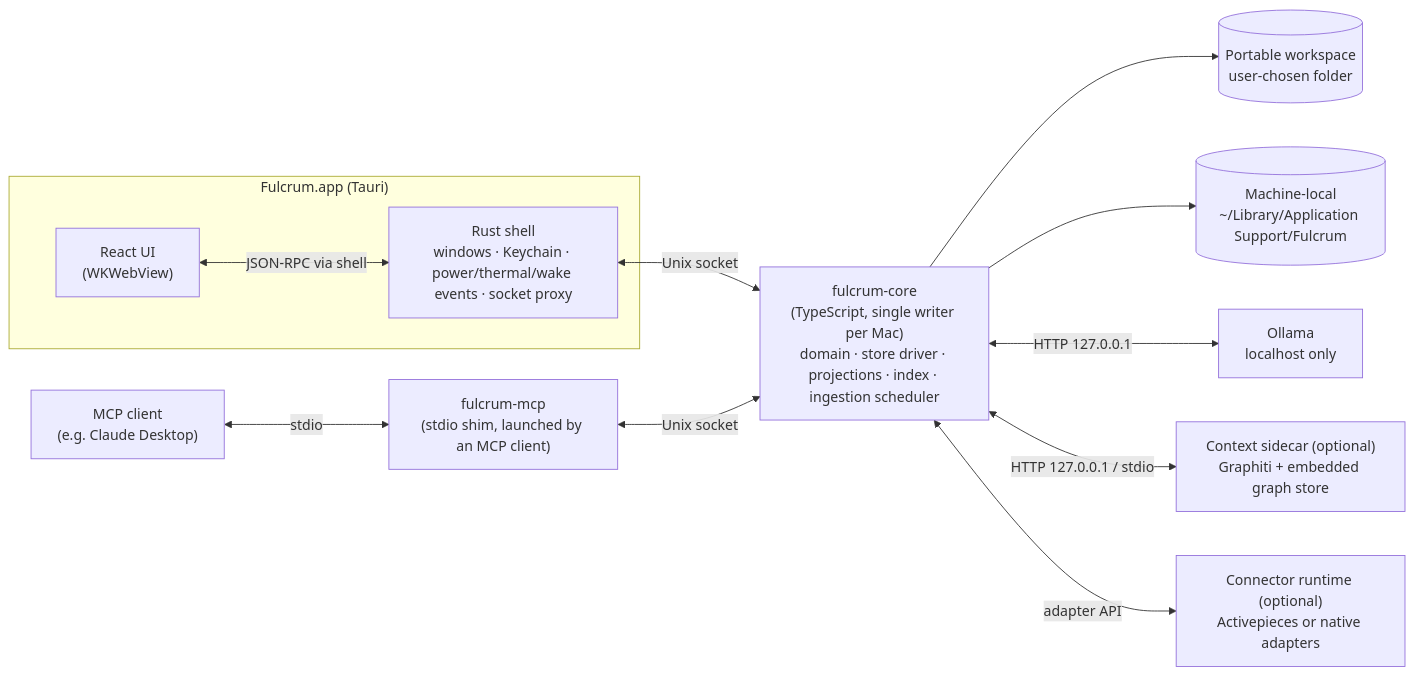
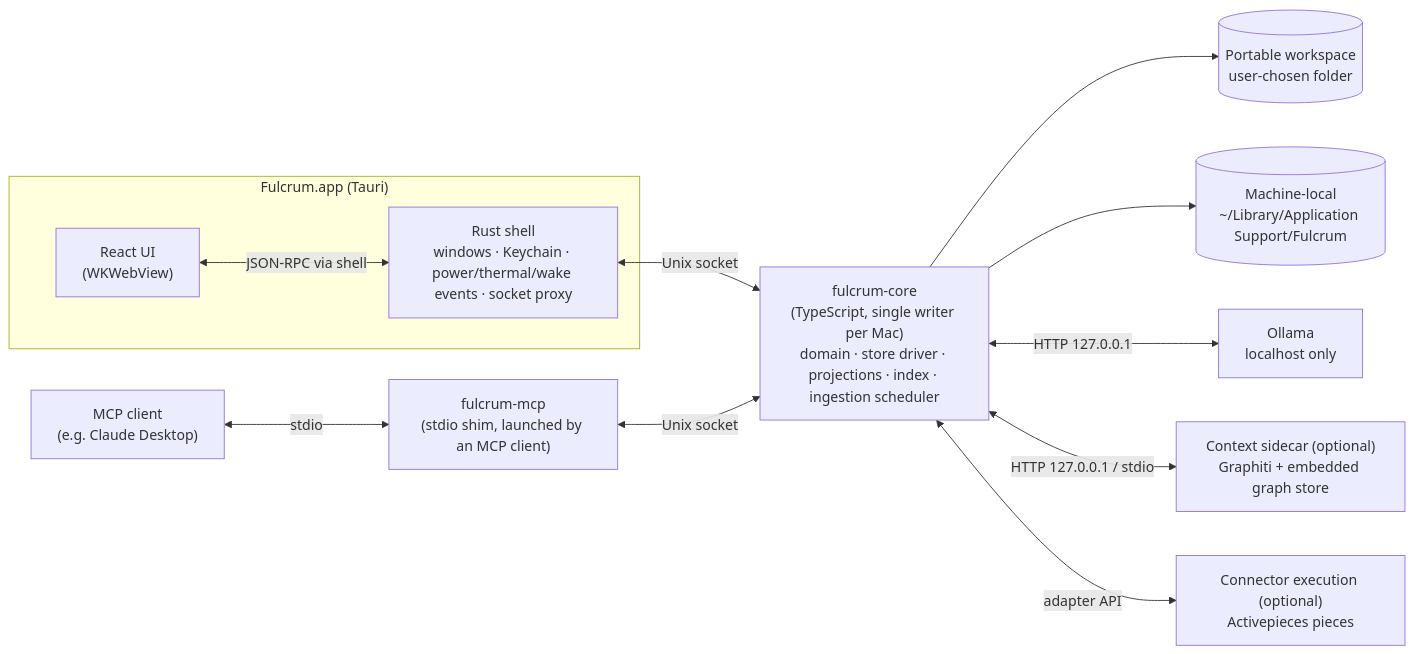
Before and after one commit to ethanbidna/fulcrum: the first of 3 diagrams in docs/ARCHITECTURE.md, drawn with Mermaid. The commit also changed other lines of this file and 6 other files, not shown here.

````diff
--- a/docs/ARCHITECTURE.md
+++ b/docs/ARCHITECTURE.md
@@ -14,25 +14,25 @@
 ```mermaid
 flowchart LR
   subgraph App["Fulcrum.app (Tauri)"]
     UI["React UI<br/>(WKWebView)"]
     Shell["Rust shell<br/>windows · Keychain · power/thermal/wake events · socket proxy"]
   end
   Core["fulcrum-core<br/>(TypeScript, single writer per Mac)<br/>domain · store driver · projections · index · ingestion scheduler"]
   MCPShim["fulcrum-mcp<br/>(stdio shim, launched by an MCP client)"]
   Client["MCP client<br/>(e.g. Claude Desktop)"]
   Ollama["Ollama<br/>localhost only"]
   Ctx["Context sidecar (optional)<br/>Graphiti + embedded graph store"]
-  Conn["Connector runtime (optional)<br/>Activepieces or native adapters"]
+  Conn["Connector execution (optional)<br/>Activepieces pieces"]
   WS[("Portable workspace<br/>user-chosen folder")]
   Local[("Machine-local<br/>~/Library/Application Support/Fulcrum")]
 
   UI <-->|JSON-RPC via shell| Shell
   Shell <-->|Unix socket| Core
   Client <-->|stdio| MCPShim
   MCPShim <-->|Unix socket| Core
   Core --> WS
   Core --> Local
   Core <-->|HTTP 127.0.0.1| Ollama
   Core <-->|HTTP 127.0.0.1 / stdio| Ctx
   Core <-->|adapter API| Conn
 ```
````
